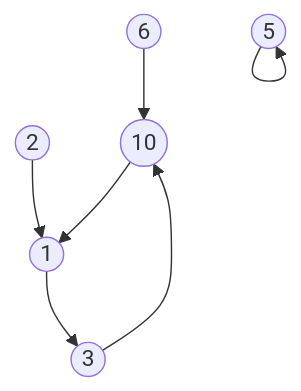
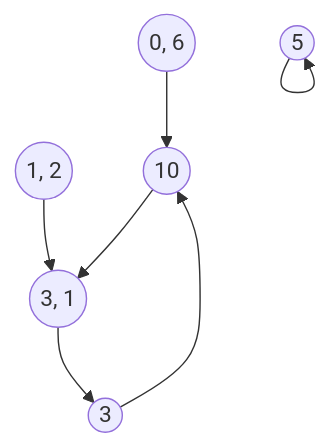
Before and after one commit to MoisesAdame/obsidian-notes: the diagram in School/Quantum/Quantum Computing fot Computer Scientists/3. The Leap from Classical to Quantum.md, drawn with Mermaid. The commit also changed other lines of this file, not shown here.

Commit message:
vault backup: 2024-08-14 21:30:10

````diff
--- a/School/Quantum/Quantum Computing fot Computer Scientists/3. The Leap from Classical to Quantum.md
+++ b/School/Quantum/Quantum Computing fot Computer Scientists/3. The Leap from Classical to Quantum.md
@@ -9,16 +9,16 @@
 ```mermaid
 graph TD;
-    A((6))
-    B((2))
-    C((1))
+    A((0, 6))
+    B((1, 2))
+    C((3, 1))
     D((5))
     E((3))
     F((10))
     
     A --> F
     B --> C
     C --> E
     D --> D
     E --> F
     F --> C
 ```
````
